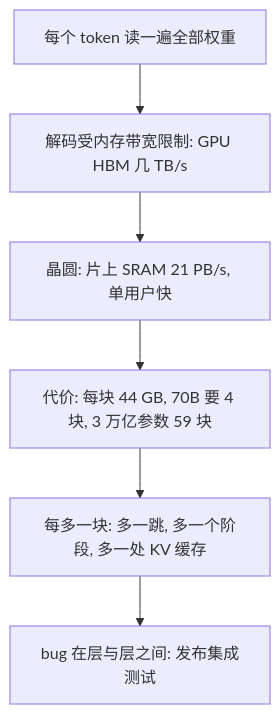
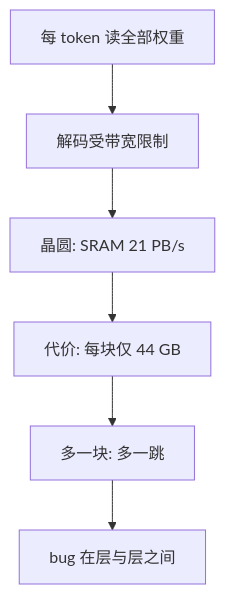
The diagram in vault/interviews/companies/cerebras/deck/cards/hm/cbr-hm-ai-four-sentences.md (ChiChasesCheese/trellis), drawn with Mermaid before and after one commit. The commit also changed 27 other files, not shown here.

First line of the commit message:
Cerebras HM prep: phone-sized diagrams and two corrected facts in the 100 cards for the hiring-manager round

````diff
--- a/vault/interviews/companies/cerebras/deck/cards/hm/cbr-hm-ai-four-sentences.md
+++ b/vault/interviews/companies/cerebras/deck/cards/hm/cbr-hm-ai-four-sentences.md
@@ -17,8 +17,8 @@
 ```mermaid
 flowchart TD
-    A["每个 token 读一遍全部权重"] --> B["解码受内存带宽限制: GPU HBM 几 TB/s"]
-    B --> C["晶圆: 片上 SRAM 21 PB/s, 单用户快"]
-    C --> D["代价: 每块 44 GB, 70B 要 4 块, 3 万亿参数 59 块"]
-    D --> E["每多一块: 多一跳, 多一个阶段, 多一处 KV 缓存"]
-    E --> F["bug 在层与层之间: 发布集成测试"]
+    A["每 token 读全部权重"] --> B["解码受带宽限制"]
+    B --> C["晶圆: SRAM 21 PB/s"]
+    C --> D["代价: 每块仅 44 GB"]
+    D --> E["多一块: 多一跳"]
+    E --> F["bug 在层与层之间"]
 ```
````
